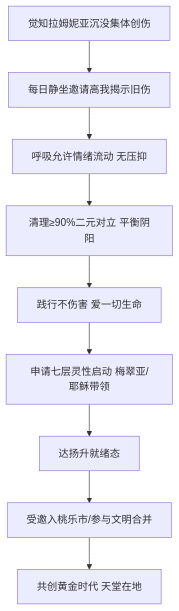
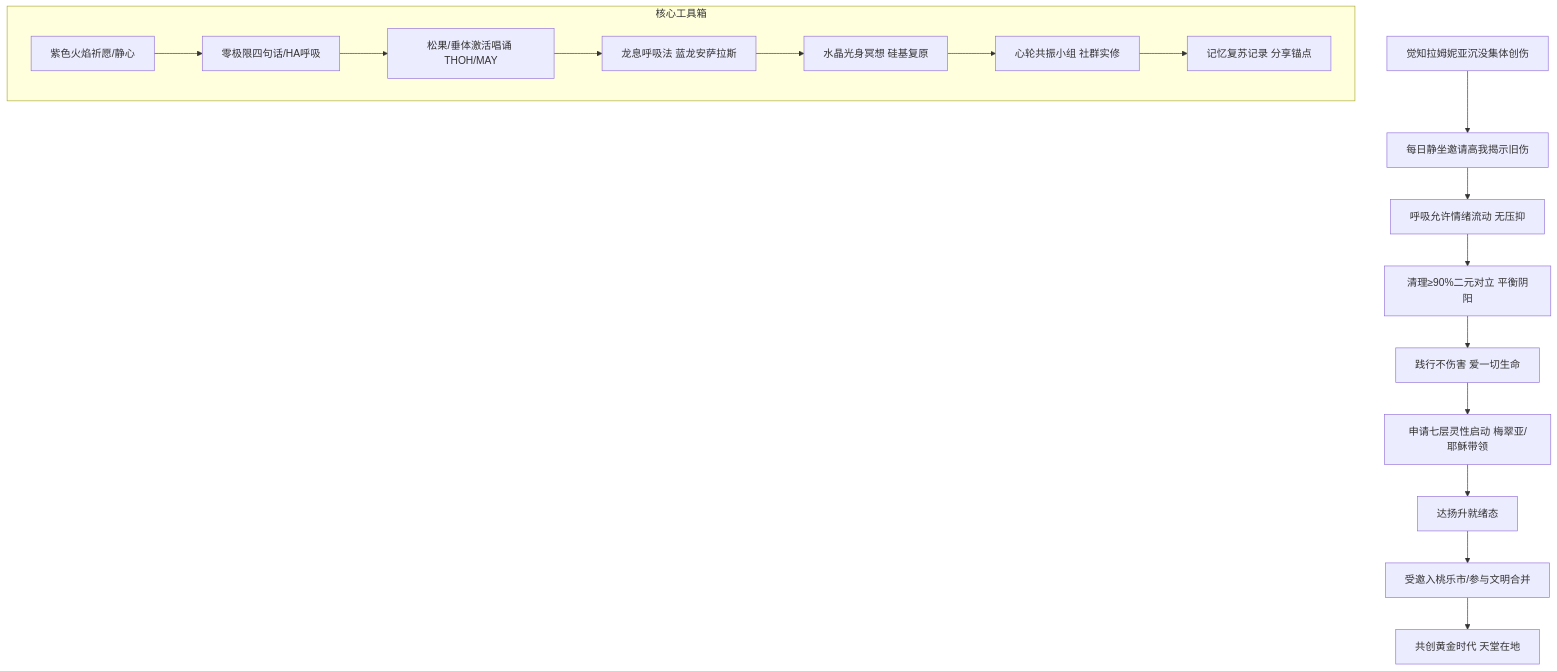
The diagram in pages/telos-adama-teachings.md (OpenDocCN1/mystery-llm-wiki), drawn with Mermaid before and after one commit. The commit also changed other lines of this file, not shown here.

````diff
--- a/pages/telos-adama-teachings.md
+++ b/pages/telos-adama-teachings.md
@@ -225,11 +424,20 @@
 ```mermaid
 graph TD
     A[觉知拉姆妮亚沉没集体创伤] --> B[每日静坐邀请高我揭示旧伤]
     B --> C[呼吸允许情绪流动 无压抑]
     C --> D[清理≥90%二元对立 平衡阴阳]
     D --> E[践行不伤害 爱一切生命]
     E --> F[申请七层灵性启动 梅翠亚/耶稣带领]
     F --> G[达扬升就绪态]
     G --> H[受邀入桃乐市/参与文明合并]
     H --> I[共创黄金时代 天堂在地]
+
+    subgraph 核心工具箱
+        J1[紫色火焰祈愿/静心] --> J2[零极限四句话/HA呼吸]
+        J2 --> J3[松果/垂体激活唱诵 THOH/MAY]
+        J3 --> J4[龙息呼吸法 蓝龙安萨拉斯]
+        J4 --> J5[水晶光身冥想 硅基复原]
+        J5 --> J6[心轮共振小组 社群实修]
+        J6 --> J7[记忆复苏记录 分享锚点]
+    end
 ```
````
